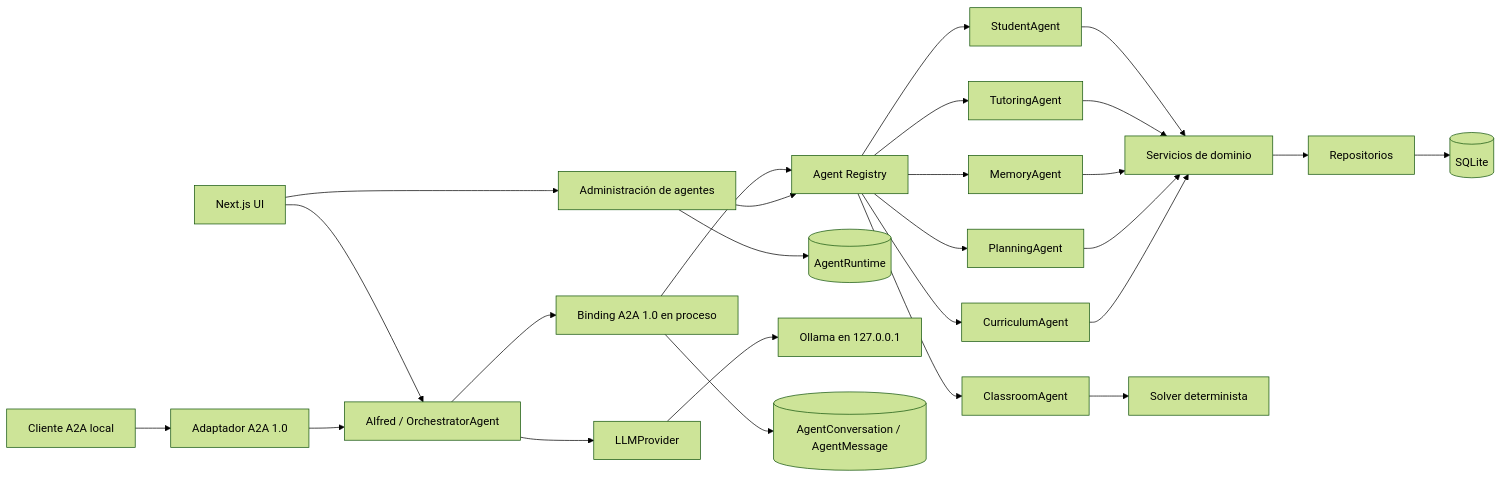
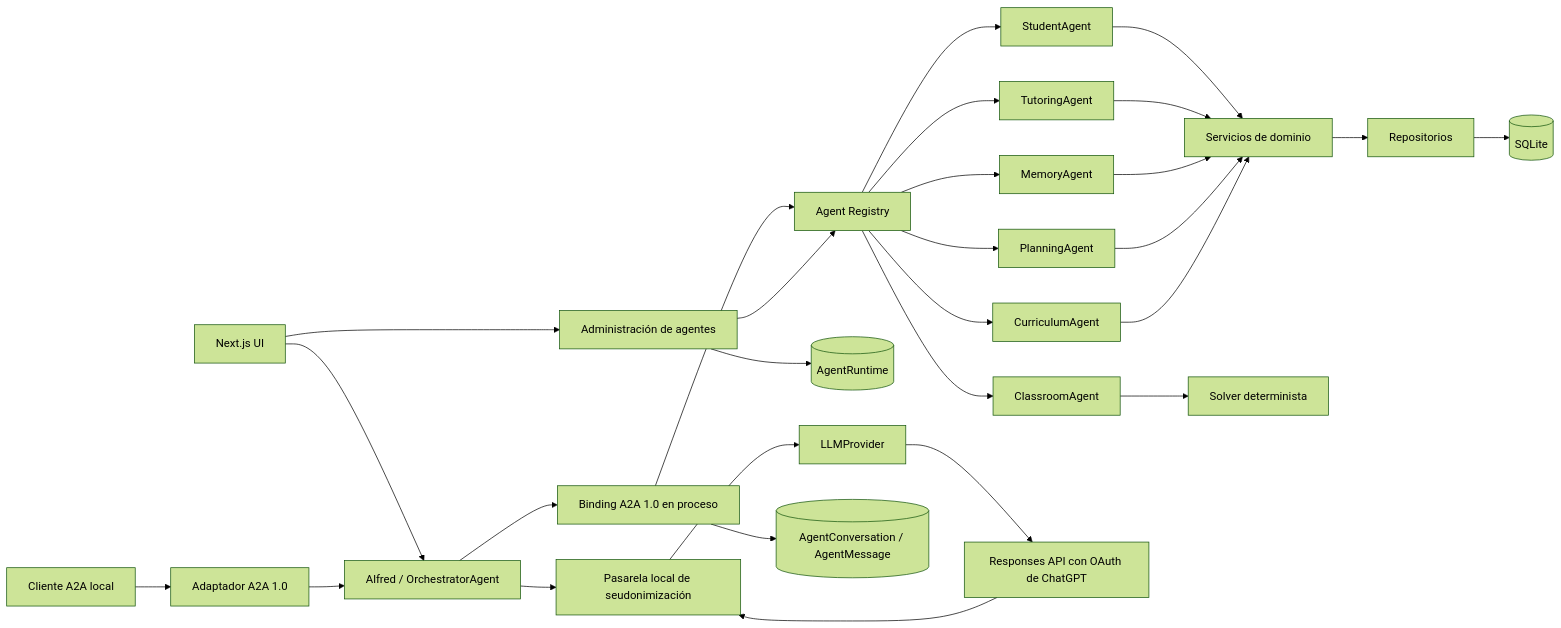
One commit to Adrute/project-alfred changed the first of 2 diagrams in docs/architecture/overview.md. Above: the diagram before and after it, drawn with Mermaid (forest theme). The commit also changed other lines of this file and 130 other files, not shown here.

````diff
--- a/docs/architecture/overview.md
+++ b/docs/architecture/overview.md
@@ -5,28 +5,30 @@
 ```mermaid
 flowchart LR
   UI[Next.js UI] --> OR[Alfred / OrchestratorAgent]
   A2A[Cliente A2A local] --> GW[Adaptador A2A 1.0]
   GW --> OR
   OR --> BUS[Binding A2A 1.0 en proceso]
   UI --> AD[Administración de agentes]
   BUS --> REG[Agent Registry]
   AD --> REG
   AD --> RT[(AgentRuntime)]
   REG --> ST[StudentAgent]
   REG --> TU[TutoringAgent]
   REG --> CL[ClassroomAgent]
   REG --> ME[MemoryAgent]
   REG --> PL[PlanningAgent]
   REG --> CU[CurriculumAgent]
-  OR --> LLM[LLMProvider]
-  LLM --> OL[Ollama en 127.0.0.1]
+  OR --> PG[Pasarela local de seudonimización]
+  PG --> LLM[LLMProvider]
+  LLM --> GPT[Responses API con OAuth de ChatGPT]
+  GPT --> PG
   ST --> SV[Servicios de dominio]
   TU --> SV
   CL --> SOLVER[Solver determinista]
   ME --> SV
   PL --> SV
   CU --> SV
   SV --> RP[Repositorios]
   RP --> DB[(SQLite)]
   BUS --> AUDIT[(AgentConversation / AgentMessage)]
 ```
````
